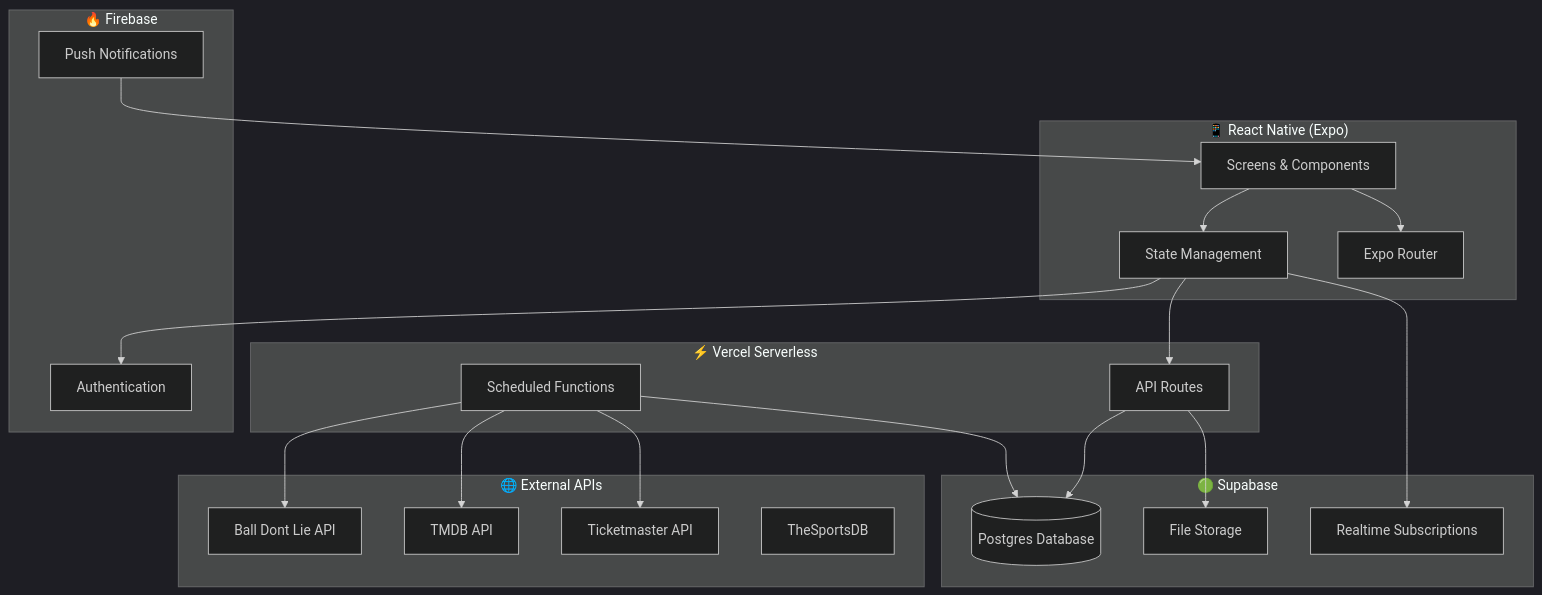
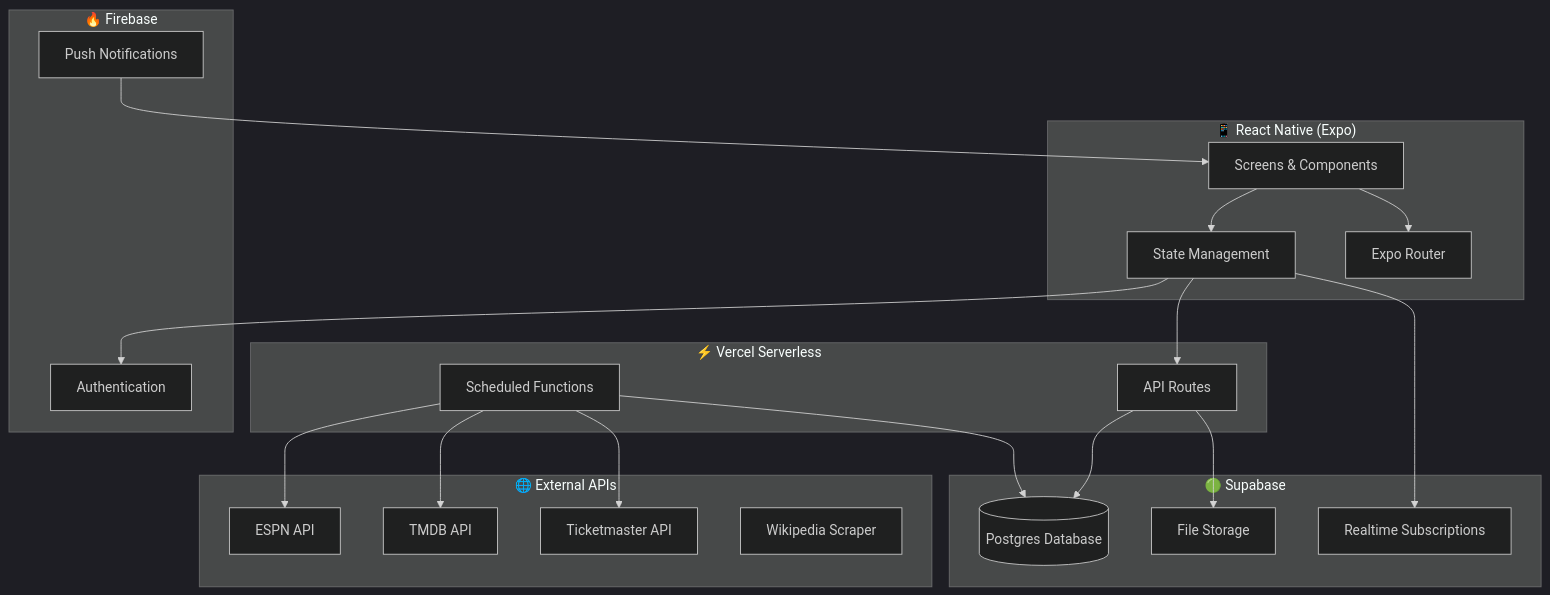
The diagram in docs/TECH_STACK.md (jonahr4/LogIt), drawn with Mermaid (dark theme) before and after one commit. The commit also changed other lines of this file and 10 other files, not shown here.

Commit message:
feat: implement log update API and migrate NBA data ingestion to ESPN API

````diff
--- a/docs/TECH_STACK.md
+++ b/docs/TECH_STACK.md
@@ -41,44 +42,44 @@
 ```mermaid
 graph TB
     subgraph Client["📱 React Native (Expo)"]
         UI[Screens & Components]
         State[State Management]
         Nav[Expo Router]
     end
 
     subgraph Vercel["⚡ Vercel Serverless"]
         API[API Routes]
         Cron[Scheduled Functions]
     end
 
     subgraph Supabase["🟢 Supabase"]
         DB[(Postgres Database)]
         Storage[File Storage]
         Realtime[Realtime Subscriptions]
     end
 
     subgraph Firebase["🔥 Firebase"]
         Auth[Authentication]
         Push[Push Notifications]
     end
 
     subgraph External["🌐 External APIs"]
-        SportsAPI[Ball Dont Lie API]
+        SportsAPI[ESPN API]
         TMDB[TMDB API]
         Ticketmaster[Ticketmaster API]
-        TheSportsDB[TheSportsDB]
+        Wikipedia[Wikipedia Scraper]
     end
 
     UI --> State
     UI --> Nav
     State --> API
     State --> Auth
     State --> Realtime
     API --> DB
     API --> Storage
     Cron --> SportsAPI
     Cron --> TMDB
     Cron --> Ticketmaster
     Cron --> DB
     Push --> UI
 ```
````
